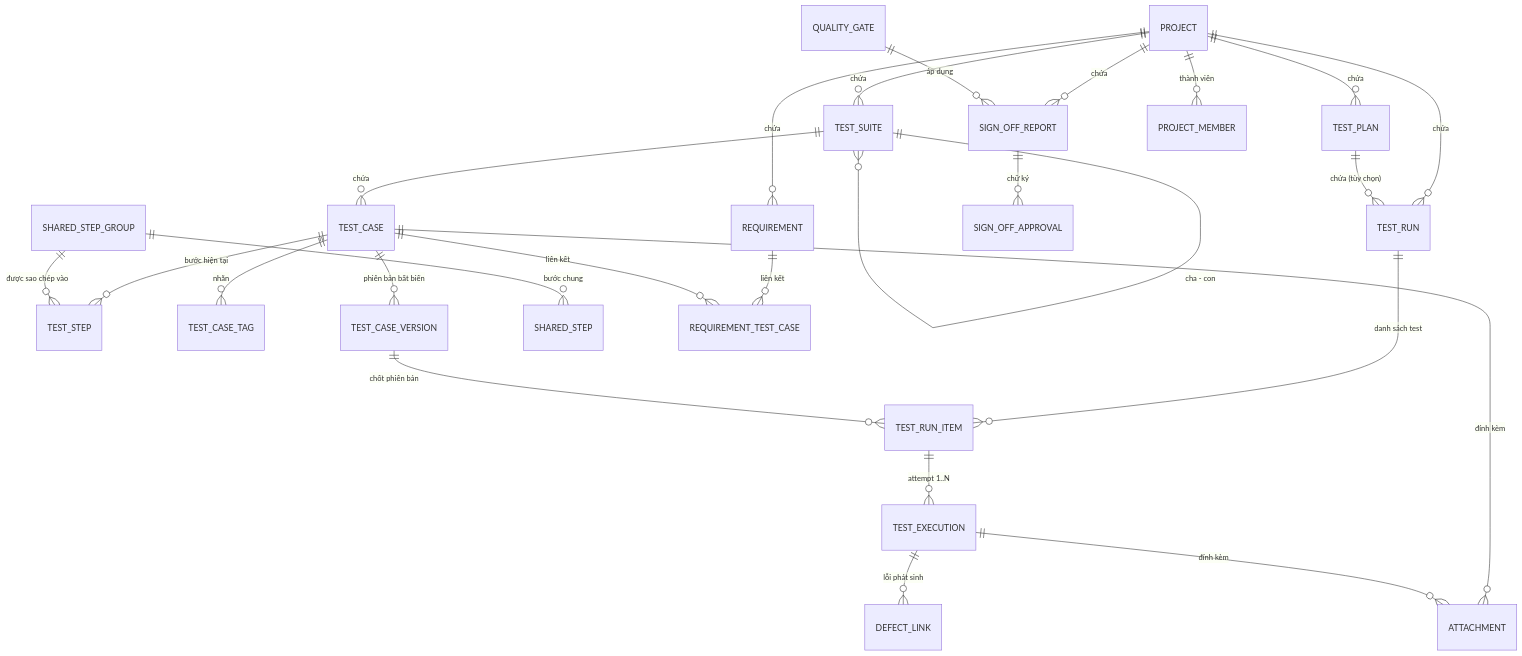
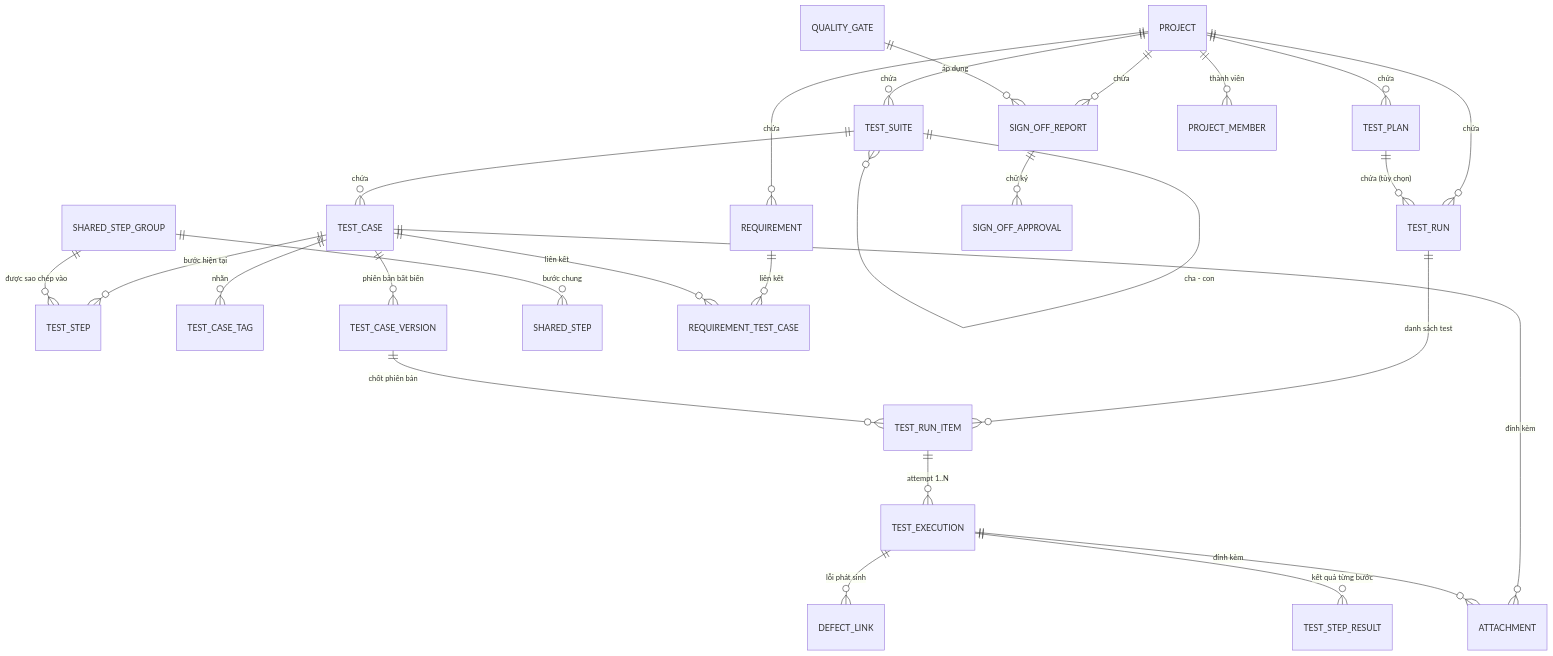
The fifth of 21 diagrams in BUSINESS_ANALYSIS_TEST_CASE_MANAGEMENT.md (Huyit2k5/testcase_manager), drawn with Mermaid before and after one commit. The commit also changed other lines of this file and 43 other files, not shown here.

First line of the commit message:
Generate test case codes per project, duplicate a test case, record results by step (Phase 32)

````diff
--- a/BUSINESS_ANALYSIS_TEST_CASE_MANAGEMENT.md
+++ b/BUSINESS_ANALYSIS_TEST_CASE_MANAGEMENT.md
@@ -251,31 +252,32 @@
 ```mermaid
 erDiagram
     PROJECT ||--o{ TEST_SUITE : "chứa"
     PROJECT ||--o{ TEST_PLAN : "chứa"
     PROJECT ||--o{ REQUIREMENT : "chứa"
     PROJECT ||--o{ TEST_RUN : "chứa"
     PROJECT ||--o{ SIGN_OFF_REPORT : "chứa"
     PROJECT ||--o{ PROJECT_MEMBER : "thành viên"
 
     TEST_SUITE ||--o{ TEST_SUITE : "cha - con"
     TEST_SUITE ||--o{ TEST_CASE : "chứa"
     TEST_CASE ||--o{ TEST_STEP : "bước hiện tại"
     TEST_CASE ||--o{ TEST_CASE_TAG : "nhãn"
     TEST_CASE ||--o{ TEST_CASE_VERSION : "phiên bản bất biến"
     SHARED_STEP_GROUP ||--o{ SHARED_STEP : "bước chung"
     SHARED_STEP_GROUP ||--o{ TEST_STEP : "được sao chép vào"
 
     REQUIREMENT ||--o{ REQUIREMENT_TEST_CASE : "liên kết"
     TEST_CASE ||--o{ REQUIREMENT_TEST_CASE : "liên kết"
 
     TEST_PLAN ||--o{ TEST_RUN : "chứa (tùy chọn)"
     TEST_RUN ||--o{ TEST_RUN_ITEM : "danh sách test"
     TEST_CASE_VERSION ||--o{ TEST_RUN_ITEM : "chốt phiên bản"
     TEST_RUN_ITEM ||--o{ TEST_EXECUTION : "attempt 1..N"
     TEST_EXECUTION ||--o{ DEFECT_LINK : "lỗi phát sinh"
+    TEST_EXECUTION ||--o{ TEST_STEP_RESULT : "kết quả từng bước"
     TEST_CASE ||--o{ ATTACHMENT : "đính kèm"
     TEST_EXECUTION ||--o{ ATTACHMENT : "đính kèm"
 
     QUALITY_GATE ||--o{ SIGN_OFF_REPORT : "áp dụng"
     SIGN_OFF_REPORT ||--o{ SIGN_OFF_APPROVAL : "chữ ký"
 ```
````
